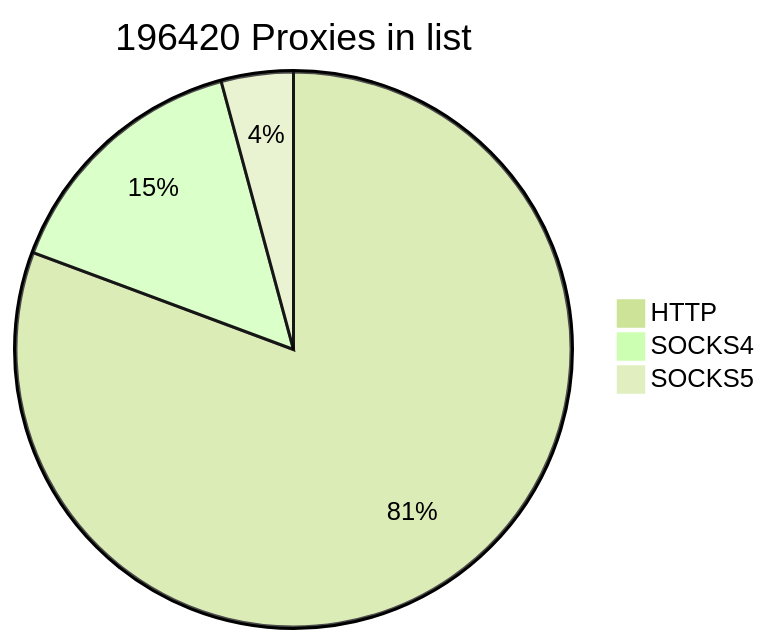
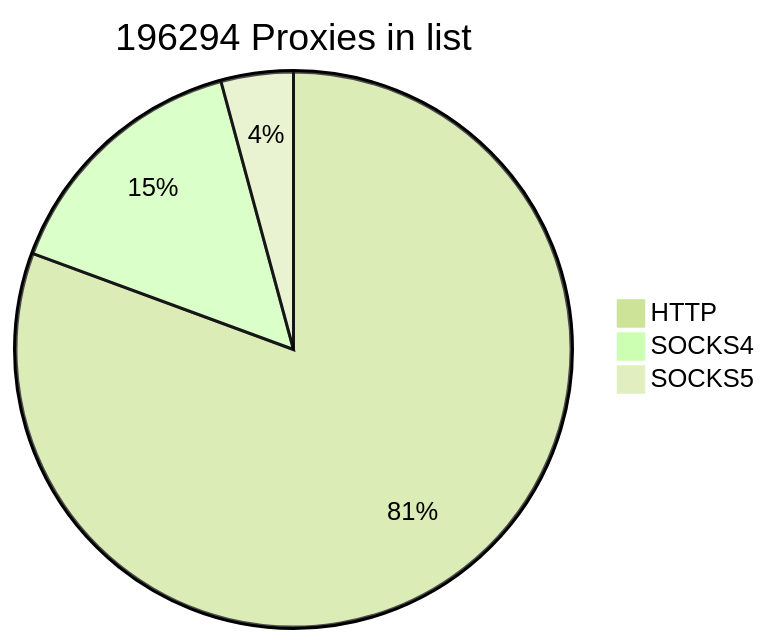
One commit to cutipu/proxylist changed the first of 2 diagrams in README.md. Above: the diagram before and after it, drawn with Mermaid (forest theme). The commit also changed other lines of this file, not shown here.

````diff
--- a/README.md
+++ b/README.md
@@ -2,7 +2,7 @@
 ```mermaid
-pie title 196420 Proxies in list
-    "HTTP" : 158451
-    "SOCKS4" : 29732
-    "SOCKS5" : 8237
+pie title 196294 Proxies in list
+    "HTTP" : 158250
+    "SOCKS4" : 29787
+    "SOCKS5" : 8257
             
 ```
````
